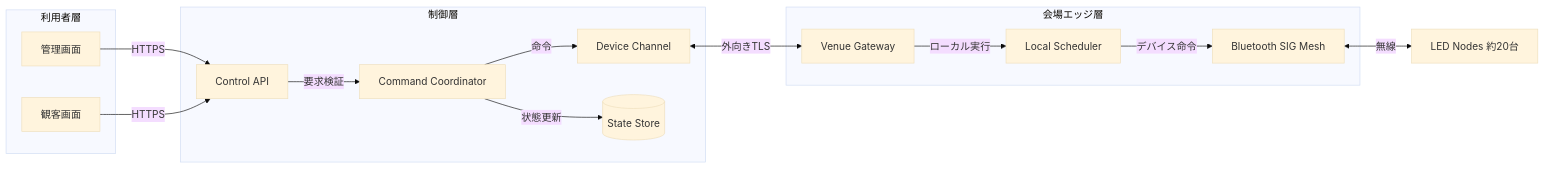
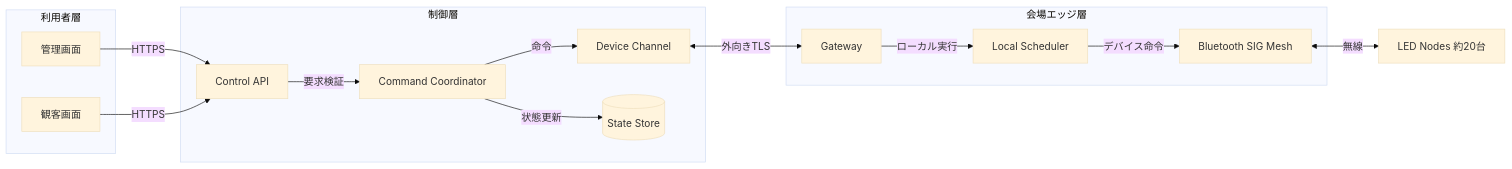
One commit to AobaIwaki123/water-led-infrastructure-proposal changed the diagram in notes/01-logical-architecture.md. Above: the diagram before and after it, drawn with Mermaid (base theme). The commit also changed other lines of this file and 7 other files, not shown here.

Commit message:
docs: rename venue gateway to gateway

````diff
--- a/notes/01-logical-architecture.md
+++ b/notes/01-logical-architecture.md
@@ -7,29 +7,29 @@
 ```mermaid
 flowchart LR
   subgraph user["利用者層"]
     admin["管理画面"]
     audience["観客画面"]
   end
   subgraph control["制御層"]
     api["Control API"]
     coordinator["Command Coordinator"]
     channel["Device Channel"]
     state[("State Store")]
   end
   subgraph venue["会場エッジ層"]
-    gateway["Venue Gateway"]
+    gateway["Gateway"]
     scheduler["Local Scheduler"]
     mesh["Bluetooth SIG Mesh"]
   end
   nodes["LED Nodes 約20台"]
 
   admin -->|"HTTPS"| api
   audience -->|"HTTPS"| api
   api -->|"要求検証"| coordinator
   coordinator -->|"状態更新"| state
   coordinator -->|"命令"| channel
   channel <-->|"外向きTLS"| gateway
   gateway -->|"ローカル実行"| scheduler
   scheduler -->|"デバイス命令"| mesh
   mesh <-->|"無線"| nodes
 ```
````
